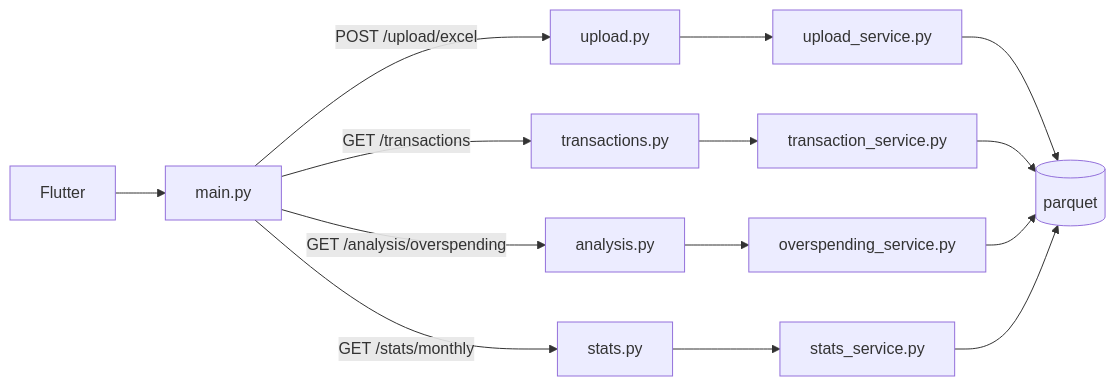
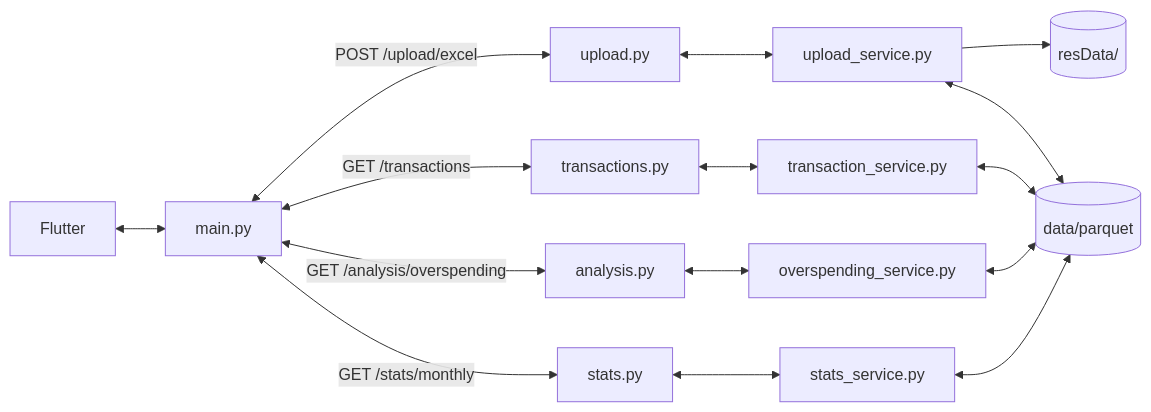
Before and after one commit to likewhat9901/BankSalad_SideProject: the diagram in backend/README.md, drawn with Mermaid. The commit also changed other lines of this file, not shown here.

Commit message:
251206 1902 pc 작업 commit

````diff
--- a/backend/README.md
+++ b/backend/README.md
@@ -36,14 +26,17 @@
 ```mermaid
 flowchart LR
-    A[Flutter] --> B[main.py]
+    A[Flutter] <--> B[main.py]
 
-    B -->|POST /upload/excel| C[upload.py]
-    B -->|GET /transactions| D[transactions.py]
-    B -->|GET /analysis/overspending| E[analysis.py]
-    B -->|GET /stats/monthly| F[stats.py]
+    B <-->|POST /upload/excel| C[upload.py]
+    B <-->|GET /transactions| D[transactions.py]
+    B <-->|GET /analysis/overspending| E[analysis.py]
+    B <-->|GET /stats/monthly| F[stats.py]
 
-    C --> C1[upload_service.py] --> G[(parquet)]
-    D --> D1[transaction_service.py] --> G
-    E --> E1[overspending_service.py] --> G
-    F --> F1[stats_service.py] --> G
+    C <--> C1[upload_service.py]
+    C1 --> H[(resData/)]
+    C1 <--> G[(data/parquet)]
+
+    D <--> D1[transaction_service.py] <--> G
+    E <--> E1[overspending_service.py] <--> G
+    F <--> F1[stats_service.py] <--> G
 ``` 
````
